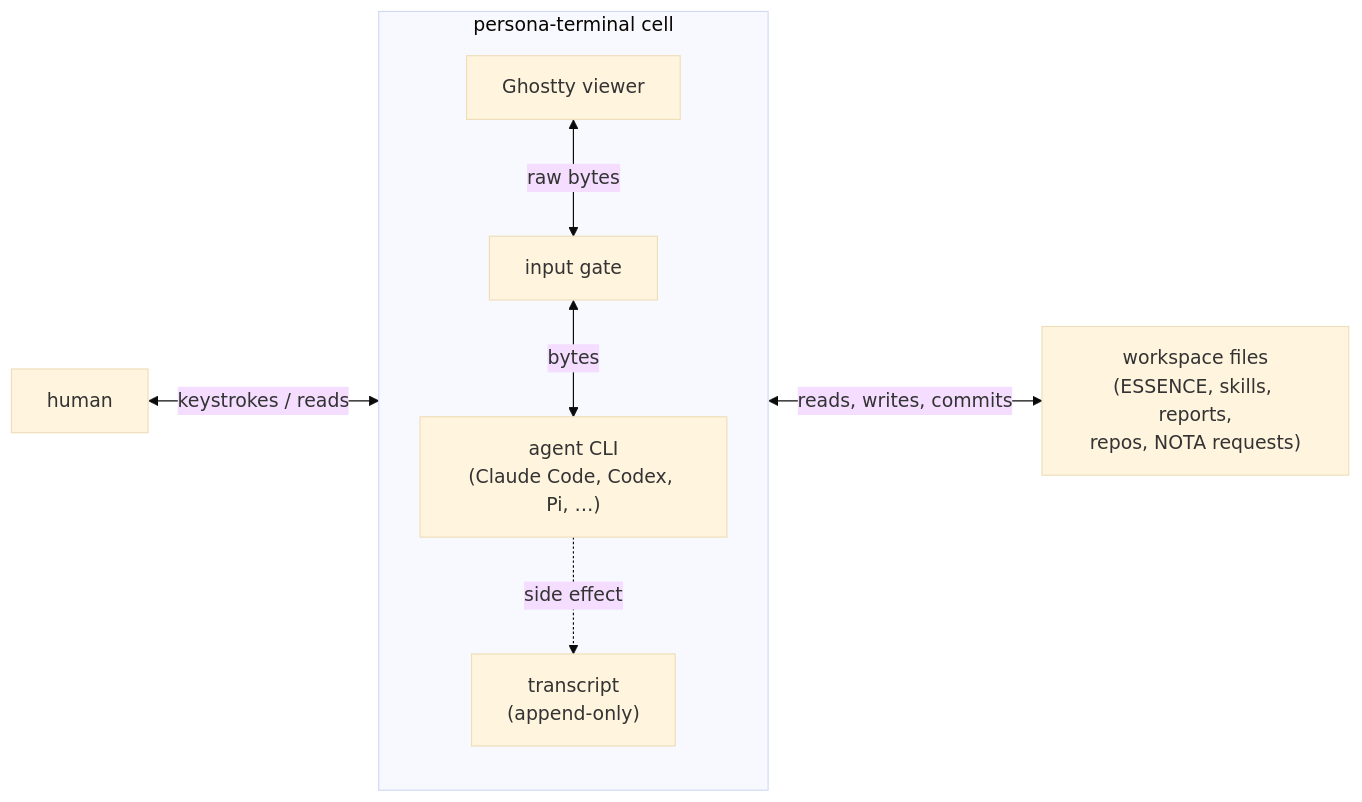
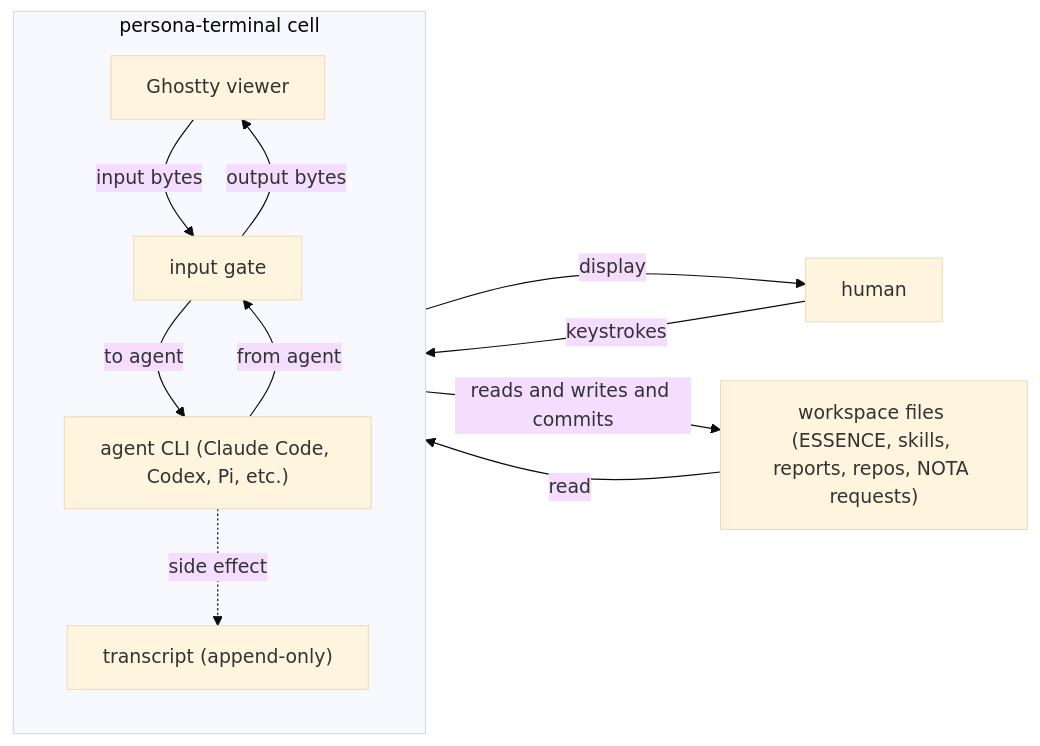
Before and after one commit to LiGoldragon/primary: the first of 18 diagrams in reports/designer/114-persona-vision-as-of-2026-05-11.md, drawn with Mermaid (base theme). The commit also changed other lines of this file, not shown here.

````diff
--- a/reports/designer/114-persona-vision-as-of-2026-05-11.md
+++ b/reports/designer/114-persona-vision-as-of-2026-05-11.md
@@ -72,20 +72,24 @@
 ```mermaid
 flowchart LR
     human["human"]
 
     subgraph cell["persona-terminal cell"]
         direction TB
         viewer["Ghostty viewer"]
         gate["input gate"]
-        agent["agent CLI<br/>(Claude Code, Codex, Pi, …)"]
-        transcript["transcript<br/>(append-only)"]
+        agent["agent CLI (Claude Code, Codex, Pi, etc.)"]
+        transcript["transcript (append-only)"]
     end
 
-    workspace["workspace files<br/>(ESSENCE, skills, reports,<br/>repos, NOTA requests)"]
+    workspace["workspace files (ESSENCE, skills, reports, repos, NOTA requests)"]
 
-    human <-->|keystrokes / reads| viewer
-    viewer <-->|raw bytes| gate
-    gate <-->|bytes| agent
+    human -->|keystrokes| viewer
+    viewer -->|display| human
+    viewer -->|input bytes| gate
+    gate -->|output bytes| viewer
+    gate -->|to agent| agent
+    agent -->|from agent| gate
     agent -.->|side effect| transcript
-    agent <-->|reads, writes, commits| workspace
+    agent -->|reads and writes and commits| workspace
+    workspace -->|read| agent
 ```
````
